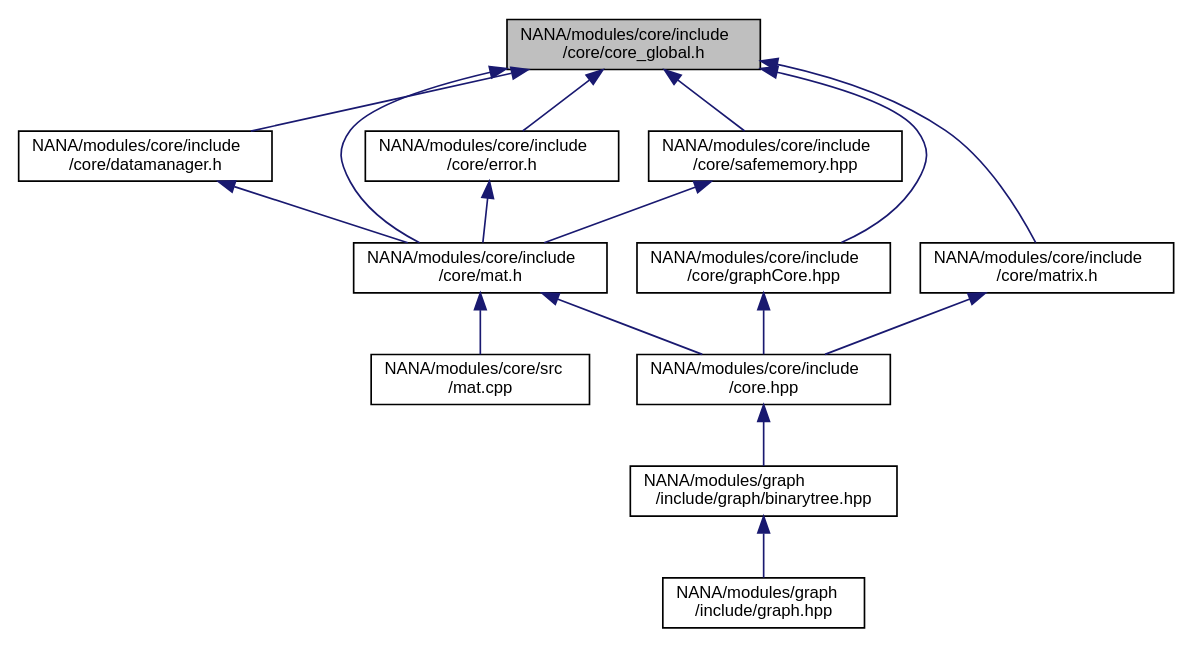
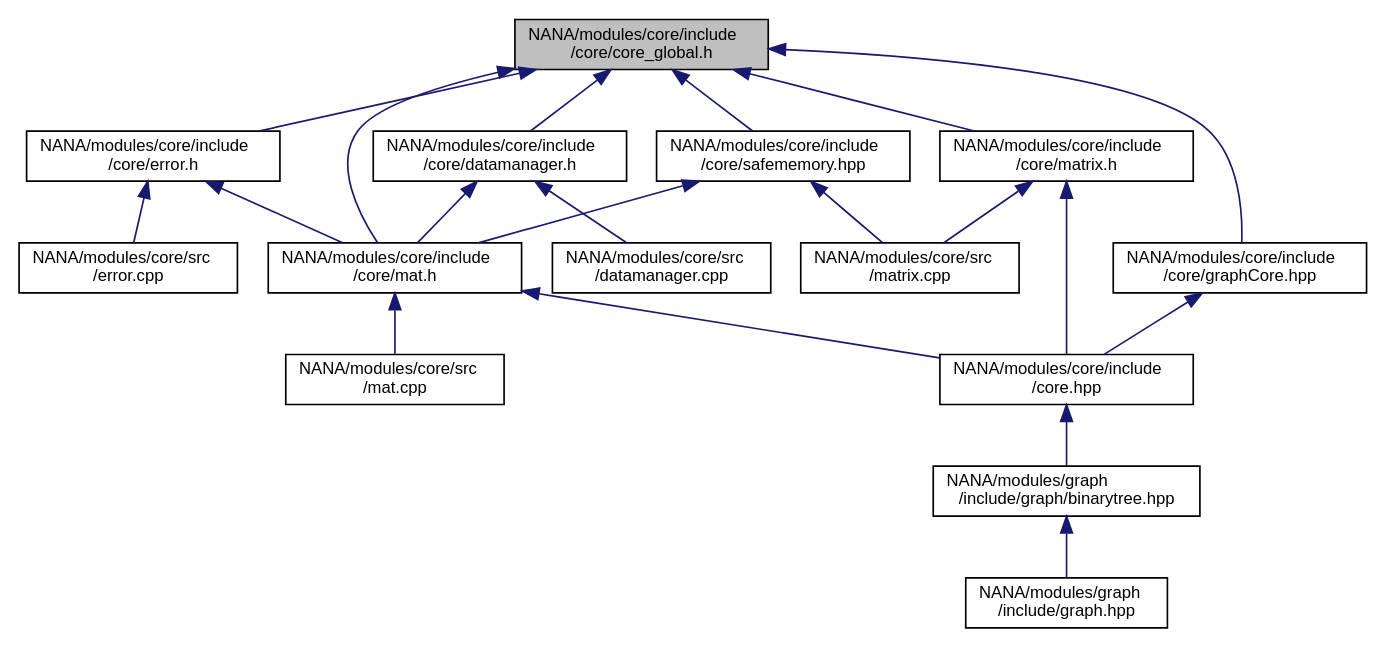
One commit to YuruTu/NANA changed the diagram in docs/core__global_8h__dep__incl.dot. Above: the diagram before and after it, drawn with Graphviz. The commit also changed 130 other files, not shown here.

```diff
--- a/docs/core__global_8h__dep__incl.dot
+++ b/docs/core__global_8h__dep__incl.dot
@@ -1,32 +1,39 @@
 digraph "NANA/modules/core/include/core/core_global.h"
 {
  // LATEX_PDF_SIZE
   edge [fontname="Helvetica",fontsize="10",labelfontname="Helvetica",labelfontsize="10"];
   node [fontname="Helvetica",fontsize="10",shape=record];
   Node1 [label="NANA/modules/core/include\l/core/core_global.h",height=0.2,width=0.4,color="black", fillcolor="grey75", style="filled", fontcolor="black",tooltip="全局头文件"];
   Node1 -> Node2 [dir="back",color="midnightblue",fontsize="10",style="solid",fontname="Helvetica"];
   Node2 [label="NANA/modules/core/include\l/core/datamanager.h",height=0.2,width=0.4,color="black", fillcolor="white", style="filled",URL="$datamanager_8h.html",tooltip="实现一个数据管理器"];
   Node2 -> Node3 [dir="back",color="midnightblue",fontsize="10",style="solid",fontname="Helvetica"];
   Node3 [label="NANA/modules/core/include\l/core/mat.h",height=0.2,width=0.4,color="black", fillcolor="white", style="filled",URL="$mat_8h.html",tooltip="实现一个用于矩阵运算的模板类(仍在实现当中)"];
   Node3 -> Node4 [dir="back",color="midnightblue",fontsize="10",style="solid",fontname="Helvetica"];
   Node4 [label="NANA/modules/core/include\l/core.hpp",height=0.2,width=0.4,color="black", fillcolor="white", style="filled",URL="$core_8hpp.html",tooltip="包含基本的数据结构等"];
   Node4 -> Node5 [dir="back",color="midnightblue",fontsize="10",style="solid",fontname="Helvetica"];
   Node5 [label="NANA/modules/graph\l/include/graph/binarytree.hpp",height=0.2,width=0.4,color="black", fillcolor="white", style="filled",URL="$binarytree_8hpp.html",tooltip="实现二叉树的模板"];
   Node5 -> Node6 [dir="back",color="midnightblue",fontsize="10",style="solid",fontname="Helvetica"];
   Node6 [label="NANA/modules/graph\l/include/graph.hpp",height=0.2,width=0.4,color="black", fillcolor="white", style="filled",URL="$graph_8hpp.html",tooltip="实现图论相关算法"];
   Node3 -> Node7 [dir="back",color="midnightblue",fontsize="10",style="solid",fontname="Helvetica"];
   Node7 [label="NANA/modules/core/src\l/mat.cpp",height=0.2,width=0.4,color="black", fillcolor="white", style="filled",URL="$mat_8cpp.html",tooltip="实现Mat的相关功能"];
-  Node1 -> Node8 [dir="back",color="midnightblue",fontsize="10",style="solid",fontname="Helvetica"];
-  Node8 [label="NANA/modules/core/include\l/core/error.h",height=0.2,width=0.4,color="black", fillcolor="white", style="filled",URL="$error_8h.html",tooltip="用于抛出异常"];
-  Node8 -> Node3 [dir="back",color="midnightblue",fontsize="10",style="solid",fontname="Helvetica"];
+  Node2 -> Node8 [dir="back",color="midnightblue",fontsize="10",style="solid",fontname="Helvetica"];
+  Node8 [label="NANA/modules/core/src\l/datamanager.cpp",height=0.2,width=0.4,color="black", fillcolor="white", style="filled",URL="$datamanager_8cpp_source.html",tooltip=" "];
   Node1 -> Node9 [dir="back",color="midnightblue",fontsize="10",style="solid",fontname="Helvetica"];
-  Node9 [label="NANA/modules/core/include\l/core/graphCore.hpp",height=0.2,width=0.4,color="black", fillcolor="white", style="filled",URL="$graph_core_8hpp.html",tooltip="为图论算法实现的基本数据结构"];
-  Node9 -> Node4 [dir="back",color="midnightblue",fontsize="10",style="solid",fontname="Helvetica"];
+  Node9 [label="NANA/modules/core/include\l/core/error.h",height=0.2,width=0.4,color="black", fillcolor="white", style="filled",URL="$error_8h.html",tooltip="用于抛出异常"];
+  Node9 -> Node3 [dir="back",color="midnightblue",fontsize="10",style="solid",fontname="Helvetica"];
+  Node9 -> Node10 [dir="back",color="midnightblue",fontsize="10",style="solid",fontname="Helvetica"];
+  Node10 [label="NANA/modules/core/src\l/error.cpp",height=0.2,width=0.4,color="black", fillcolor="white", style="filled",URL="$error_8cpp_source.html",tooltip=" "];
+  Node1 -> Node11 [dir="back",color="midnightblue",fontsize="10",style="solid",fontname="Helvetica"];
+  Node11 [label="NANA/modules/core/include\l/core/graphCore.hpp",height=0.2,width=0.4,color="black", fillcolor="white", style="filled",URL="$graph_core_8hpp.html",tooltip="为图论算法实现的基本数据结构"];
+  Node11 -> Node4 [dir="back",color="midnightblue",fontsize="10",style="solid",fontname="Helvetica"];
   Node1 -> Node3 [dir="back",color="midnightblue",fontsize="10",style="solid",fontname="Helvetica"];
-  Node1 -> Node10 [dir="back",color="midnightblue",fontsize="10",style="solid",fontname="Helvetica"];
-  Node10 [label="NANA/modules/core/include\l/core/matrix.h",height=0.2,width=0.4,color="black", fillcolor="white", style="filled",URL="$matrix_8h.html",tooltip="简单矩阵类(效率不高，但易于理解，很多时候会触发复制构造函数)，不同于Mat"];
-  Node10 -> Node4 [dir="back",color="midnightblue",fontsize="10",style="solid",fontname="Helvetica"];
-  Node1 -> Node11 [dir="back",color="midnightblue",fontsize="10",style="solid",fontname="Helvetica"];
-  Node11 [label="NANA/modules/core/include\l/core/safememory.hpp",height=0.2,width=0.4,color="black", fillcolor="white", style="filled",URL="$safememory_8hpp.html",tooltip="实现安全的内存管理"];
-  Node11 -> Node3 [dir="back",color="midnightblue",fontsize="10",style="solid",fontname="Helvetica"];
+  Node1 -> Node12 [dir="back",color="midnightblue",fontsize="10",style="solid",fontname="Helvetica"];
+  Node12 [label="NANA/modules/core/include\l/core/matrix.h",height=0.2,width=0.4,color="black", fillcolor="white", style="filled",URL="$matrix_8h.html",tooltip="简单矩阵类(效率不高，但易于理解，很多时候会触发复制构造函数)，不同于Mat"];
+  Node12 -> Node4 [dir="back",color="midnightblue",fontsize="10",style="solid",fontname="Helvetica"];
+  Node12 -> Node13 [dir="back",color="midnightblue",fontsize="10",style="solid",fontname="Helvetica"];
+  Node13 [label="NANA/modules/core/src\l/matrix.cpp",height=0.2,width=0.4,color="black", fillcolor="white", style="filled",URL="$matrix_8cpp_source.html",tooltip=" "];
+  Node1 -> Node14 [dir="back",color="midnightblue",fontsize="10",style="solid",fontname="Helvetica"];
+  Node14 [label="NANA/modules/core/include\l/core/safememory.hpp",height=0.2,width=0.4,color="black", fillcolor="white", style="filled",URL="$safememory_8hpp.html",tooltip="实现安全的内存管理"];
+  Node14 -> Node3 [dir="back",color="midnightblue",fontsize="10",style="solid",fontname="Helvetica"];
+  Node14 -> Node13 [dir="back",color="midnightblue",fontsize="10",style="solid",fontname="Helvetica"];
 }
```
